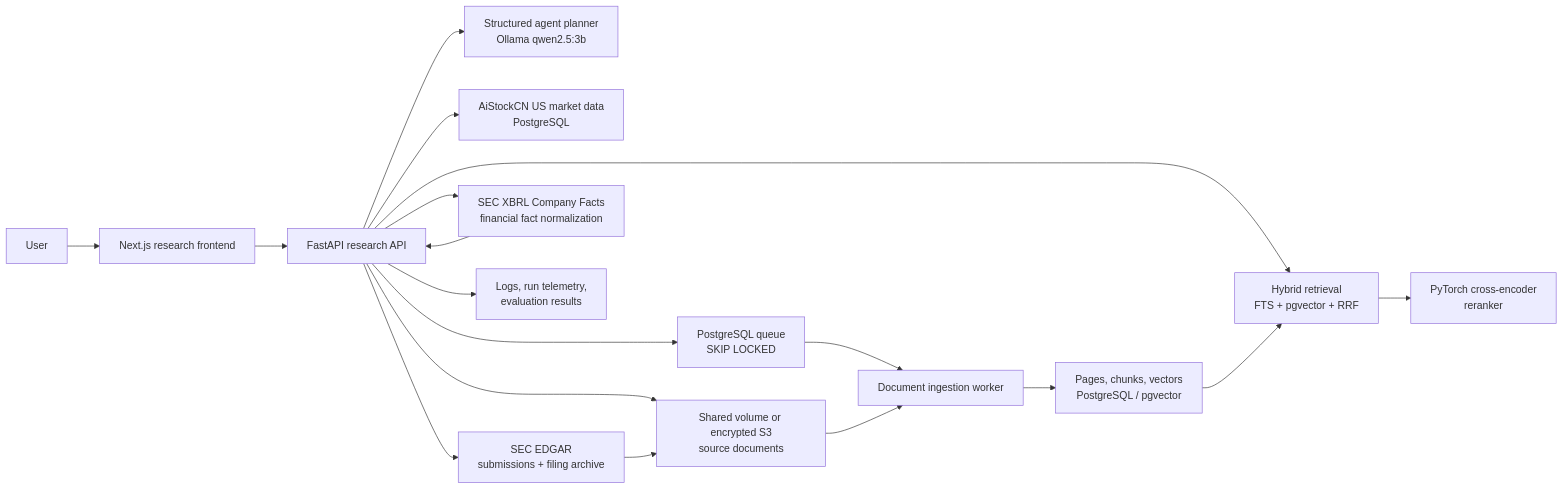
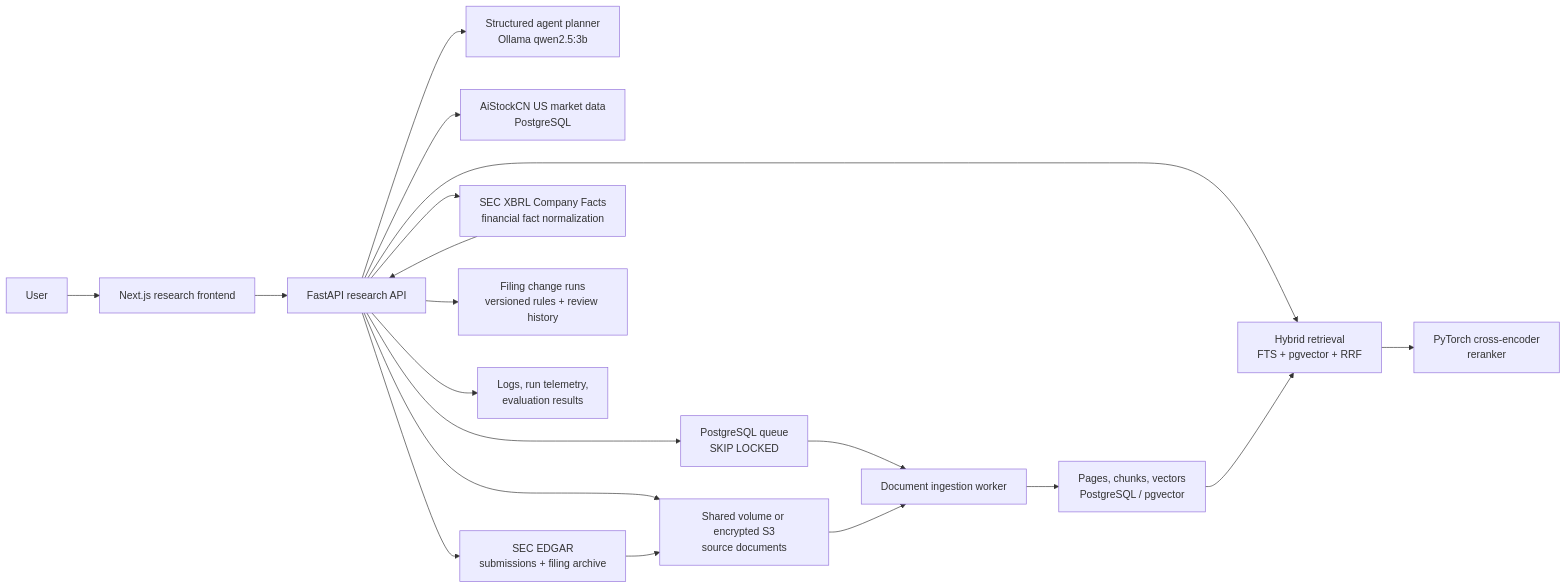
The diagram in docs/RESEARCH_COPILOT.md (thisiscatcode/aistockcn), drawn with Mermaid before and after one commit. The commit also changed other lines of this file and 36 other files, not shown here.

````diff
--- a/docs/RESEARCH_COPILOT.md
+++ b/docs/RESEARCH_COPILOT.md
@@ -32,20 +33,21 @@
 ```mermaid
 flowchart LR
     U["User"] --> W["Next.js research frontend"]
     W --> A["FastAPI research API"]
     A --> P["Structured agent planner\nOllama qwen2.5:3b"]
     A --> D["AiStockCN US market data\nPostgreSQL"]
     A --> E["SEC EDGAR\nsubmissions + filing archive"]
     A --> X["SEC XBRL Company Facts\nfinancial fact normalization"]
     A --> H["Hybrid retrieval\nFTS + pgvector + RRF"]
     H --> R["PyTorch cross-encoder\nreranker"]
     A --> Q["PostgreSQL queue\nSKIP LOCKED"]
+    A --> C["Filing change runs\nversioned rules + review history"]
     A --> S["Shared volume or encrypted S3\nsource documents"]
     E --> S
     Q --> K["Document ingestion worker"]
     S --> K
     K --> V["Pages, chunks, vectors\nPostgreSQL / pgvector"]
     V --> H
     A --> O["Logs, run telemetry,\nevaluation results"]
     X --> A
 ```
````
